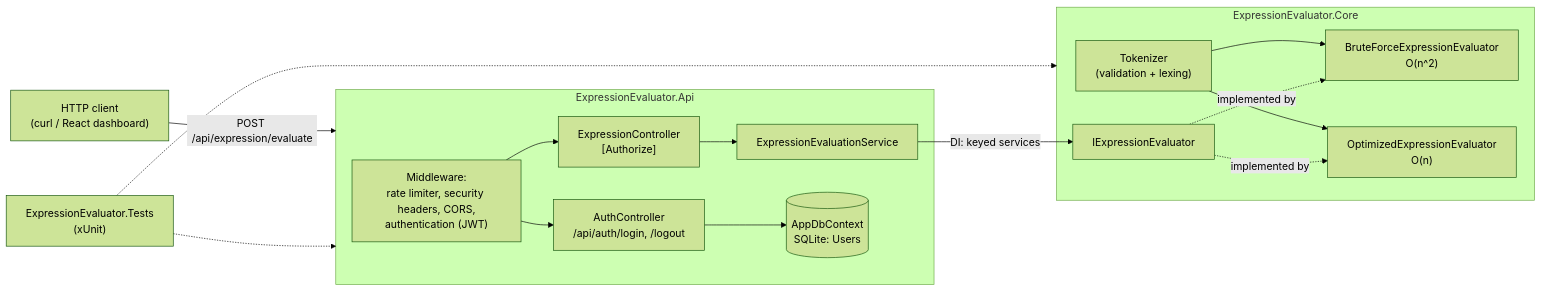
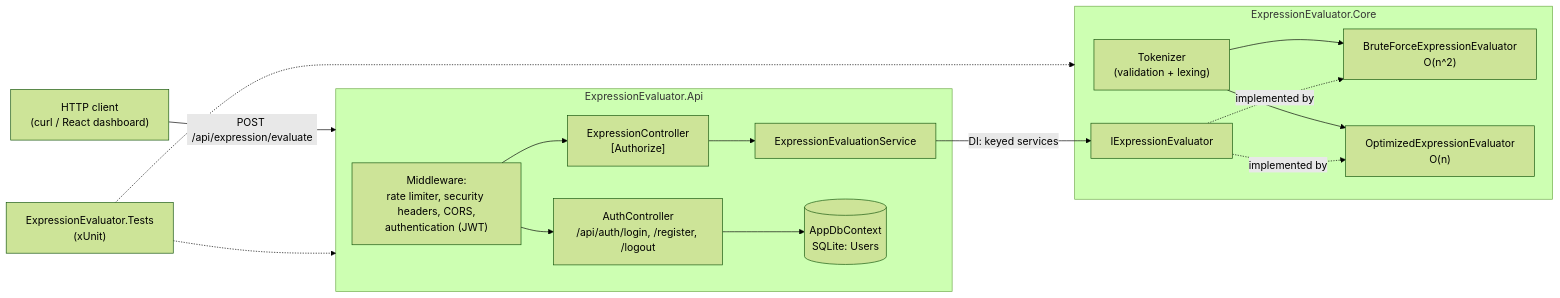
Before and after one commit to shiv10r/Ig-UlSolutions-CodingTask: the diagram in docs/ARCHITECTURE.md, drawn with Mermaid (forest theme). The commit also changed other lines of this file and 16 other files, not shown here.

````diff
--- a/docs/ARCHITECTURE.md
+++ b/docs/ARCHITECTURE.md
@@ -13,32 +13,32 @@
 ```mermaid
 flowchart LR
     Client["HTTP client\n(curl / React dashboard)"] -->|POST /api/expression/evaluate| API
 
     subgraph API["ExpressionEvaluator.Api"]
         MW["Middleware:\nrate limiter, security headers, CORS,\nauthentication (JWT)"]
-        Auth["AuthController\n/api/auth/login, /logout"]
+        Auth["AuthController\n/api/auth/login, /register, /logout"]
         Ctrl["ExpressionController\n[Authorize]"]
         Svc["ExpressionEvaluationService"]
         DB[("AppDbContext\nSQLite: Users")]
         MW --> Auth
         MW --> Ctrl
         Ctrl --> Svc
         Auth --> DB
     end
 
     subgraph Core["ExpressionEvaluator.Core"]
         Tok["Tokenizer\n(validation + lexing)"]
         IFace["IExpressionEvaluator"]
         BF["BruteForceExpressionEvaluator\nO(n^2)"]
         Opt["OptimizedExpressionEvaluator\nO(n)"]
         Tok --> BF
         Tok --> Opt
         IFace -.implemented by.-> BF
         IFace -.implemented by.-> Opt
     end
 
     Svc -->|DI: keyed services| IFace
 
     Tests["ExpressionEvaluator.Tests\n(xUnit)"] -.-> Core
     Tests -.-> API
 ```
````
